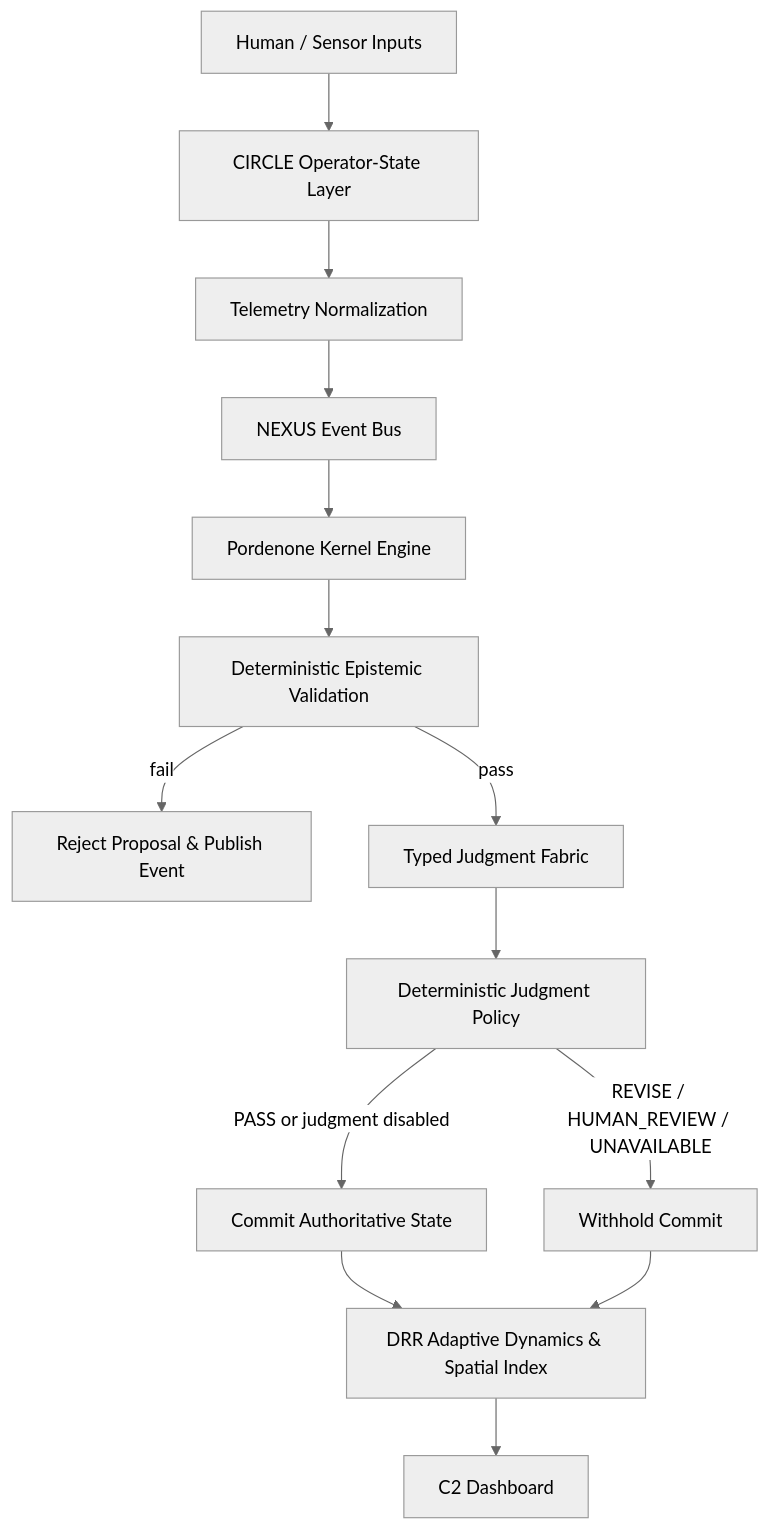
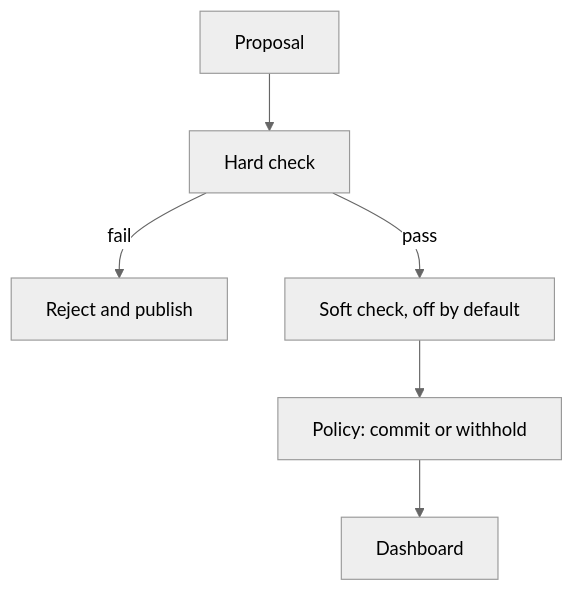
One commit to topherchris420/resonate-ai-mesh changed the diagram in README.md. Above: the diagram before and after it, drawn with Mermaid (neutral theme). The commit also changed other lines of this file and 25 other files, not shown here.

````diff
--- a/README.md
+++ b/README.md
@@ -54,16 +51,8 @@
 ```mermaid
 graph TD
-    A[Human / Sensor Inputs] --> B[CIRCLE Operator-State Layer]
-    B --> C[Telemetry Normalization]
-    C --> D[NEXUS Event Bus]
-    D --> E[Pordenone Kernel Engine]
-    E --> F[Deterministic Epistemic Validation]
-    F -->|fail| R[Reject Proposal & Publish Event]
-    F -->|pass| TJ[Typed Judgment Fabric]
-    TJ --> P[Deterministic Judgment Policy]
-    P -->|PASS or judgment disabled| G[Commit Authoritative State]
-    P -->|REVISE / HUMAN_REVIEW / UNAVAILABLE| W[Withhold Commit]
-    G --> H[DRR Adaptive Dynamics & Spatial Index]
-    W --> H
-    H --> J[C2 Dashboard]
+    A[Proposal] --> F[Hard check]
+    F -->|fail| R[Reject and publish]
+    F -->|pass| TJ[Soft check, off by default]
+    TJ --> P[Policy: commit or withhold]
+    P --> J[Dashboard]
 ```
````
